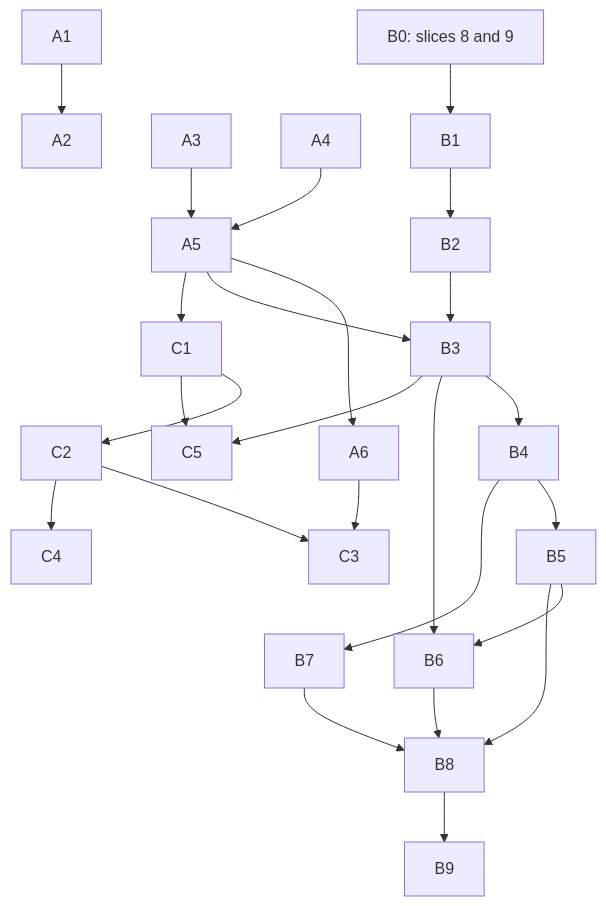
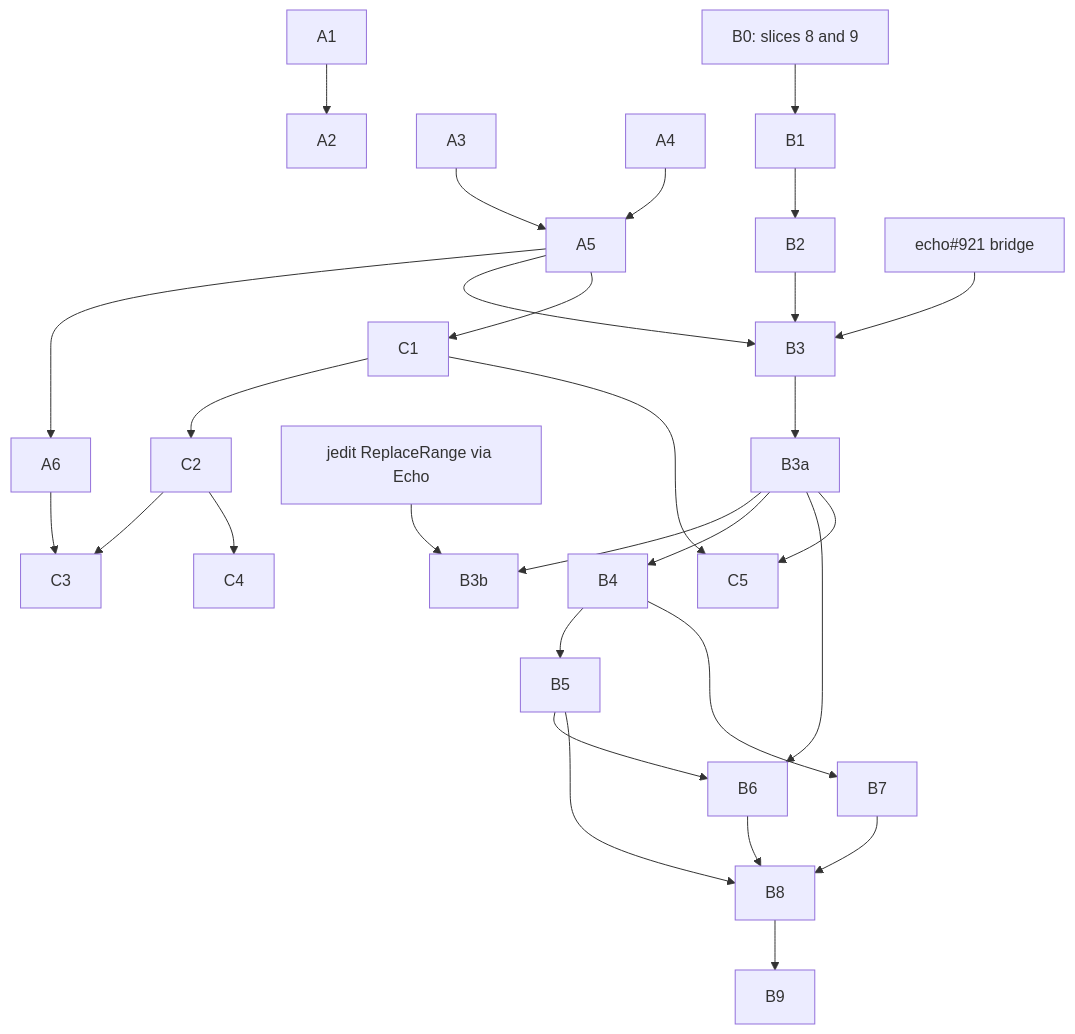
The diagram in ROADMAP.md (flyingrobots/graft), drawn with Mermaid before and after one commit. The commit also changed other lines of this file, not shown here.

First line of the commit message:
docs: author Graft's causal parts in Edict, following jedit

````diff
--- a/ROADMAP.md
+++ b/ROADMAP.md
@@ -152,27 +212,31 @@
 ```mermaid
 graph TD
   A1 --> A2
   A3 --> A5
   A4 --> A5
   A5 --> A6
   B0[B0: slices 8 and 9] --> B1
   B1 --> B2
   B2 --> B3
   A5 --> B3
-  B3 --> B4
+  E921[echo#921 bridge] --> B3
+  B3 --> B3a
+  B3a --> B3b
+  JR[jedit ReplaceRange via Echo] --> B3b
+  B3a --> B4
   B4 --> B5
-  B3 --> B6
+  B3a --> B6
   B5 --> B6
   B4 --> B7
   B5 --> B8
   B6 --> B8
   B7 --> B8
   B8 --> B9
   A5 --> C1
   C1 --> C2
   C2 --> C3
   A6 --> C3
   C2 --> C4
   C1 --> C5
-  B3 --> C5
+  B3a --> C5
 ```
````
